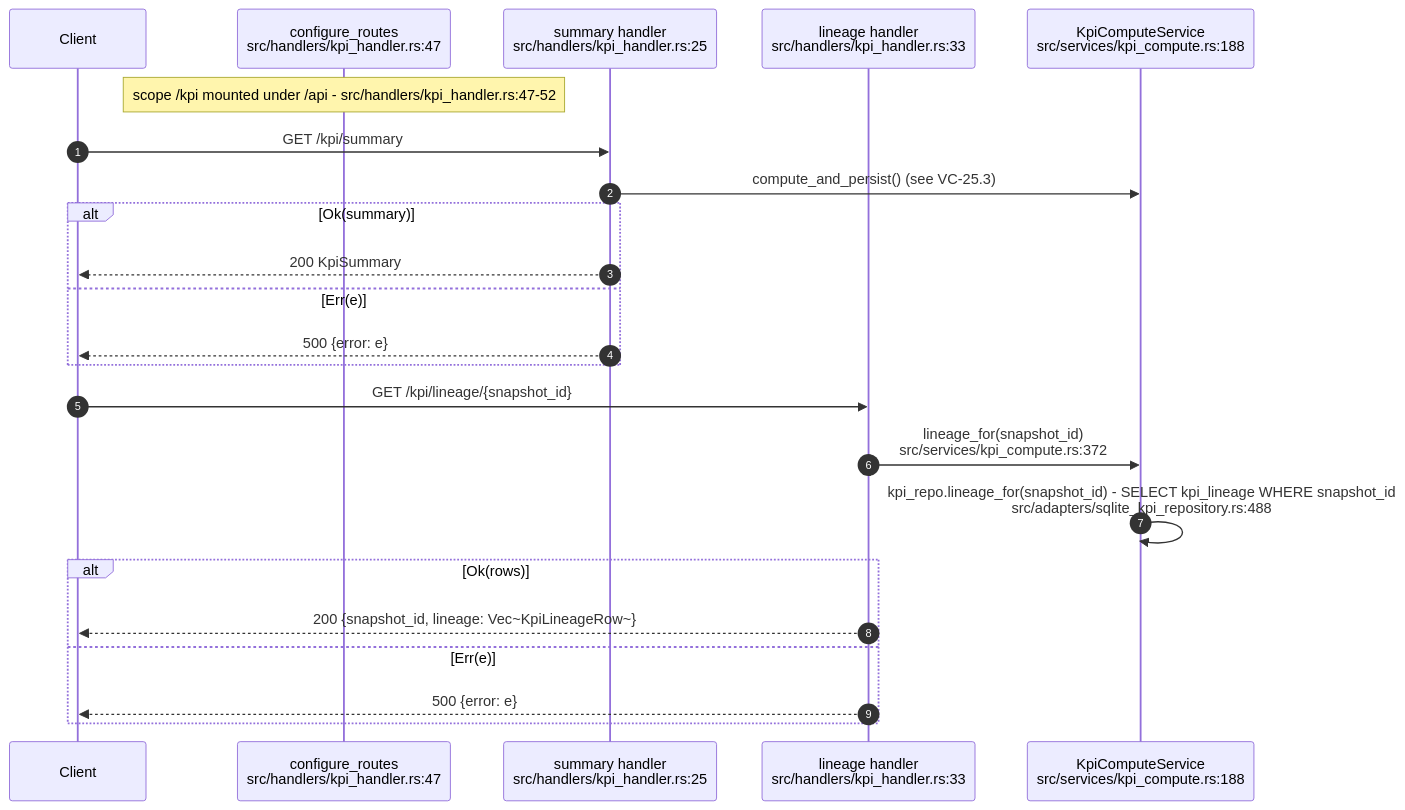
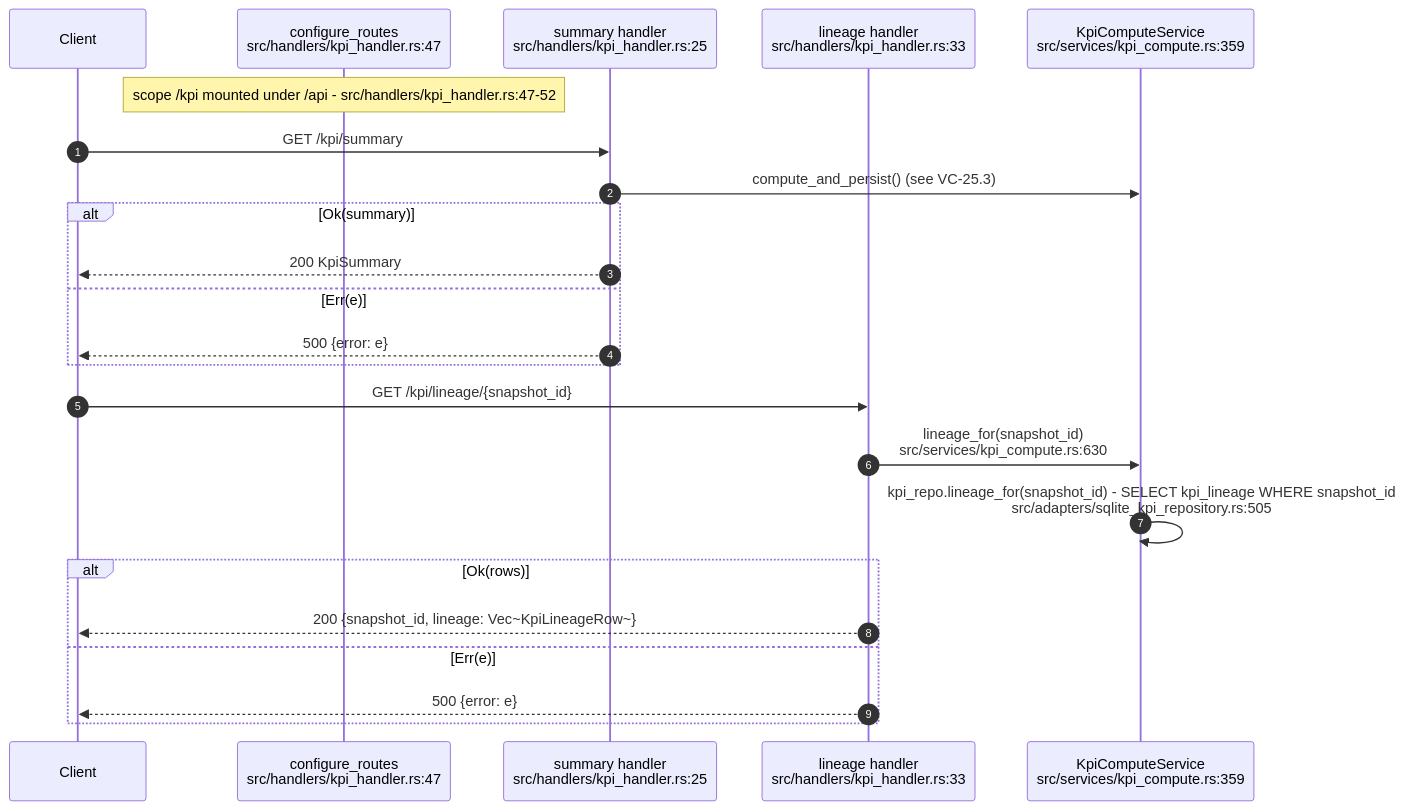
One commit to DreamLab-AI/VisionFlow changed the fourth of 13 diagrams in docs/diagrams/visionclaw/25-insight-kpi-nlq-semantics.md. Above: the diagram before and after it, drawn with Mermaid. The commit also changed other lines of this file and 32 other files, not shown here.

````diff
--- a/docs/diagrams/visionclaw/25-insight-kpi-nlq-semantics.md
+++ b/docs/diagrams/visionclaw/25-insight-kpi-nlq-semantics.md
@@ -161,26 +166,26 @@
 ```mermaid
 sequenceDiagram
     autonumber
     participant C as Client
     participant Cfg as configure_routes<br/>src/handlers/kpi_handler.rs:47
     participant S as summary handler<br/>src/handlers/kpi_handler.rs:25
     participant Lin as lineage handler<br/>src/handlers/kpi_handler.rs:33
-    participant K as KpiComputeService<br/>src/services/kpi_compute.rs:188
+    participant K as KpiComputeService<br/>src/services/kpi_compute.rs:359
 
     Note over Cfg: scope /kpi mounted under /api - src/handlers/kpi_handler.rs:47-52
     C->>S: GET /kpi/summary
     S->>K: compute_and_persist() (see VC-25.3)
     alt Ok(summary)
         S-->>C: 200 KpiSummary
     else Err(e)
         S-->>C: 500 {error: e}
     end
     C->>Lin: GET /kpi/lineage/{snapshot_id}
-    Lin->>K: lineage_for(snapshot_id)<br/>src/services/kpi_compute.rs:372
-    K->>K: kpi_repo.lineage_for(snapshot_id) - SELECT kpi_lineage WHERE snapshot_id<br/>src/adapters/sqlite_kpi_repository.rs:488
+    Lin->>K: lineage_for(snapshot_id)<br/>src/services/kpi_compute.rs:630
+    K->>K: kpi_repo.lineage_for(snapshot_id) - SELECT kpi_lineage WHERE snapshot_id<br/>src/adapters/sqlite_kpi_repository.rs:505
     alt Ok(rows)
         Lin-->>C: 200 {snapshot_id, lineage: Vec~KpiLineageRow~}
     else Err(e)
         Lin-->>C: 500 {error: e}
     end
 ```
````
